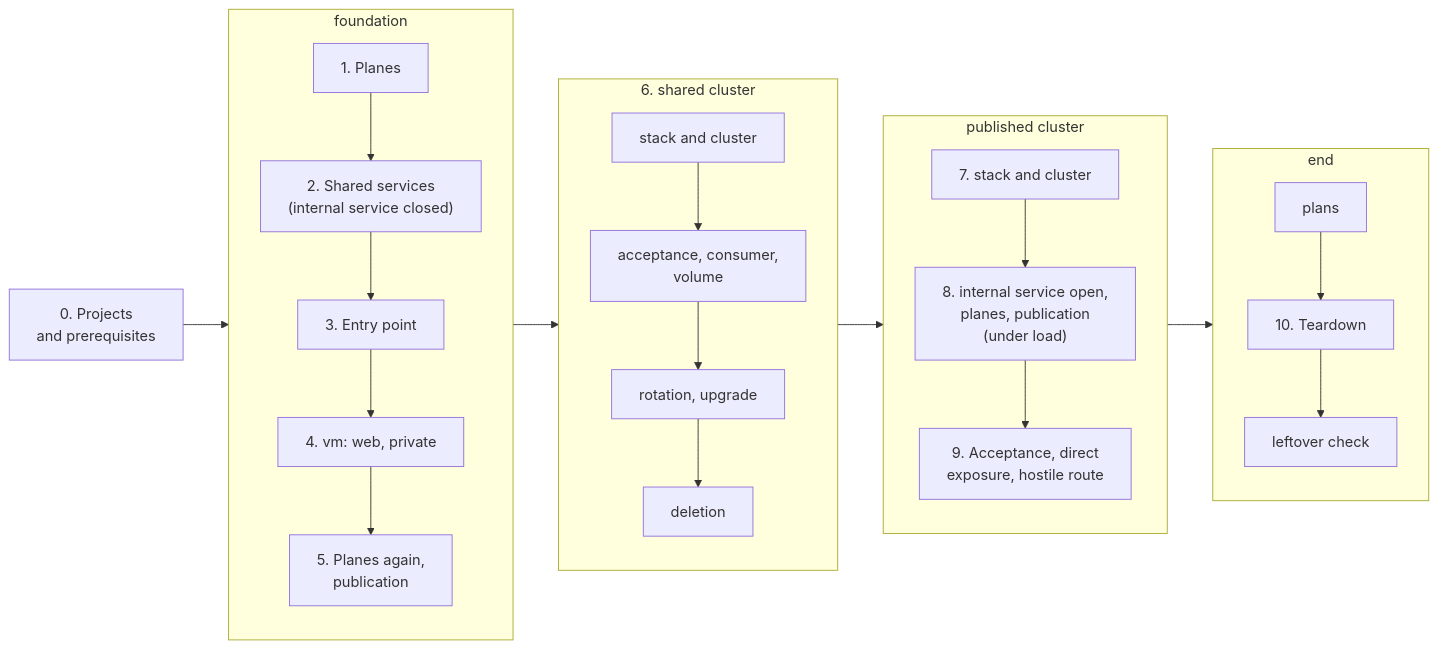
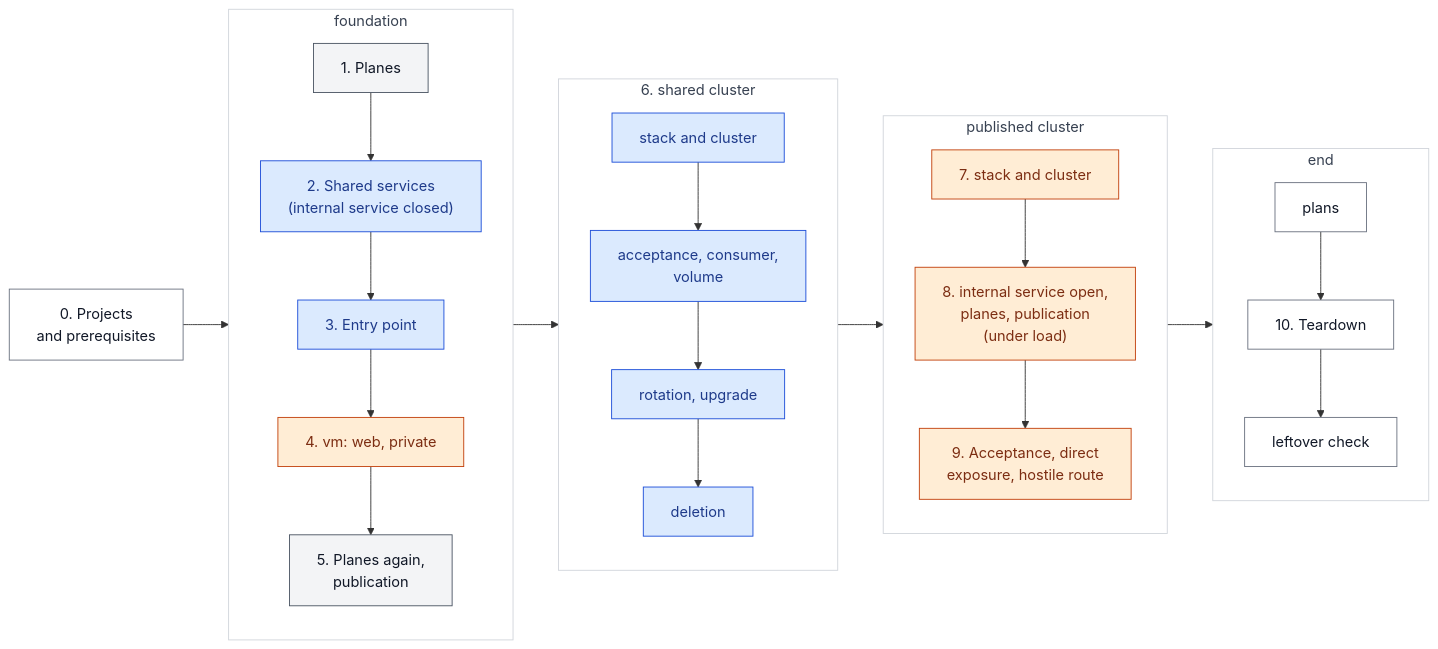
The diagram in docs/reference/test-procedure.md (CyprisTech/openstack-multitenant-reference), drawn with Mermaid before and after one commit. The commit also changed 17 other files, not shown here.

First line of the commit message:
Diagrams: tenants by exposure, one palette by role, compact diagrams

````diff
--- a/docs/reference/test-procedure.md
+++ b/docs/reference/test-procedure.md
@@ -13,21 +13,32 @@
 ```mermaid
 flowchart LR
     P0["0. Projects<br/>and prerequisites"] --> F
     subgraph F["foundation"]
         direction TB
         F1["1. Planes"] --> F2["2. Shared services<br/>(internal service closed)"] --> F3["3. Entry point"] --> F4["4. vm: web, private"] --> F5["5. Planes again,<br/>publication"]
     end
     subgraph S["6. shared cluster"]
         direction TB
         S1["stack and cluster"] --> S2["acceptance, consumer,<br/>volume"] --> S3["rotation, upgrade"] --> S4["deletion"]
     end
     subgraph K["published cluster"]
         direction TB
         K7["7. stack and cluster"] --> K8["8. internal service open,<br/>planes, publication<br/>(under load)"] --> K9["9. Acceptance, direct<br/>exposure, hostile route"]
     end
     subgraph E["end"]
         direction TB
         E1["plans"] --> E2["10. Teardown"] --> E3["leftover check"]
     end
     F --> S --> K --> E
+
+    classDef shared fill:#dbeafe,stroke:#1d4ed8,color:#1e3a8a
+    classDef tenant fill:#ffedd5,stroke:#c2410c,color:#7c2d12
+    classDef plane fill:#f3f4f6,stroke:#4b5563,color:#111827
+    classDef outside fill:#ffffff,stroke:#6b7280,color:#111827
+    class P0,E1,E2,E3 outside
+    class F1,F5 plane
+    class F2,F3,S1,S2,S3,S4 shared
+    class F4,K7,K8,K9 tenant
+    classDef group fill:#ffffff,stroke:#d1d5db,color:#374151
+    class F,S,K,E group
 ```
````
